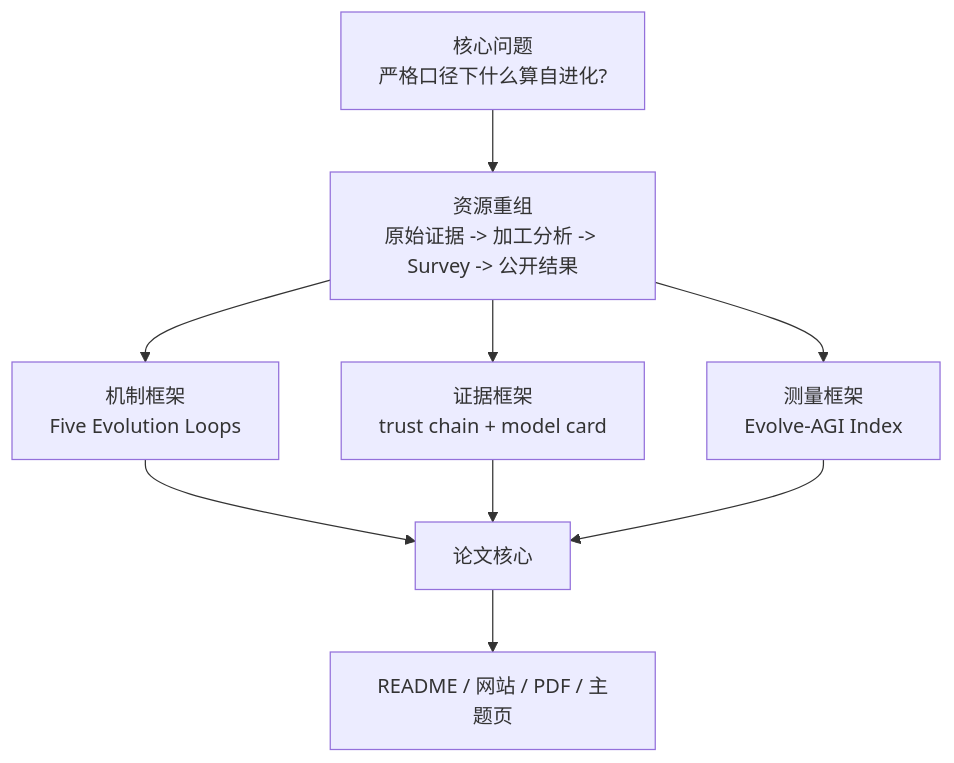
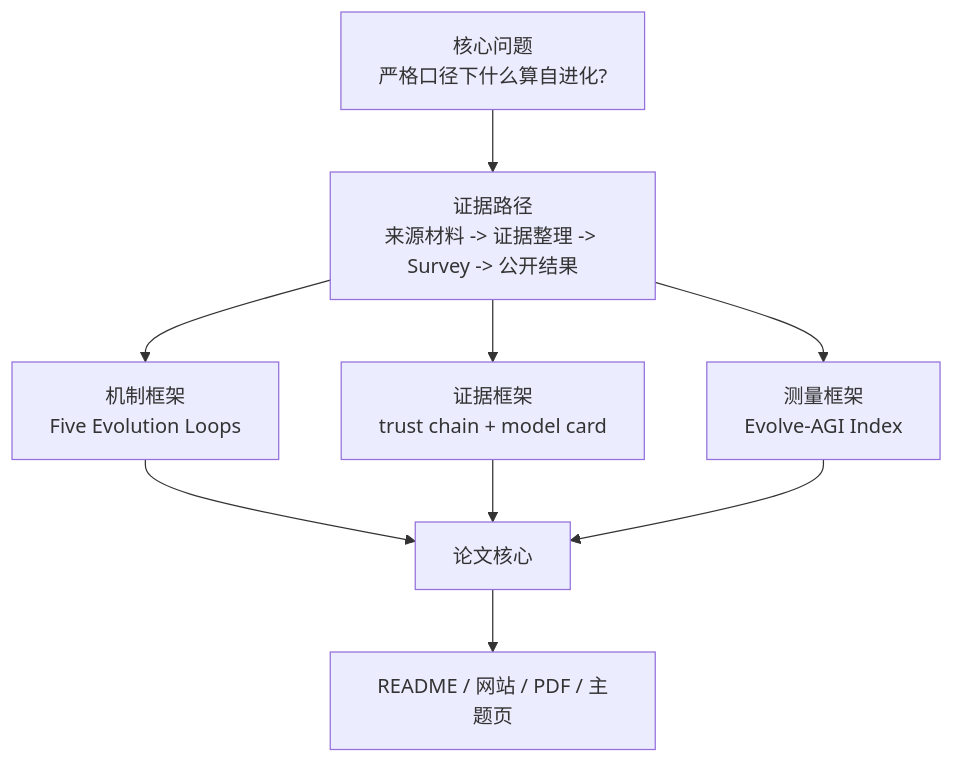
Before and after one commit to Shiyao-Huang/awesome-agent-evolution: the second of 2 diagrams in README.md, drawn with Mermaid. The commit also changed other lines of this file and 9 other files, not shown here.

````diff
--- a/README.md
+++ b/README.md
@@ -132,11 +130,11 @@
 ```mermaid
 flowchart TB
-  Q["核心问题<br/>严格口径下什么算自进化?"] --> A["资源重组<br/>原始证据 -> 加工分析 -> Survey -> 公开结果"]
+  Q["核心问题<br/>严格口径下什么算自进化?"] --> A["证据路径<br/>来源材料 -> 证据整理 -> Survey -> 公开结果"]
   A --> B["机制框架<br/>Five Evolution Loops"]
   A --> C["证据框架<br/>trust chain + model card"]
   A --> D["测量框架<br/>Evolve-AGI Index"]
   B --> P["论文核心"]
   C --> P
   D --> P
   P --> R["README / 网站 / PDF / 主题页"]
 ```
````
